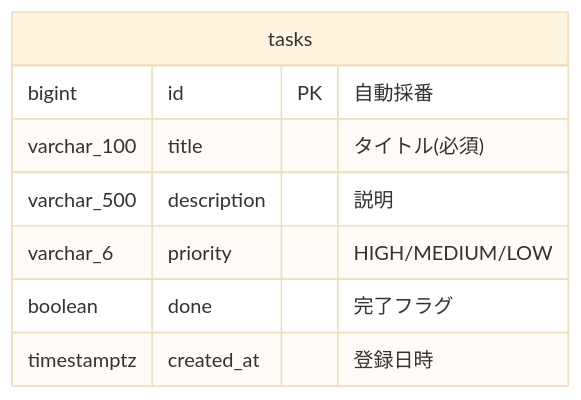
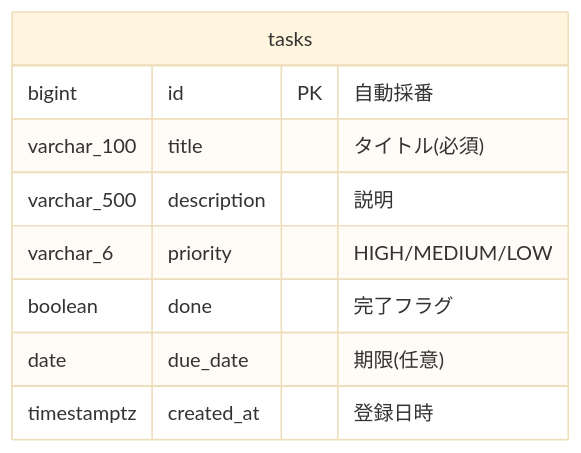
The diagram in docs/design/task/03_基本設計.md (jt-yamaguchi/my-training-task-copilot), drawn with Mermaid (base theme) before and after one commit. The commit also changed other lines of this file and 14 other files, not shown here.

````diff
--- a/docs/design/task/03_基本設計.md
+++ b/docs/design/task/03_基本設計.md
@@ -59,11 +61,12 @@
 ```mermaid
 erDiagram
     tasks {
         bigint id PK "自動採番"
         varchar_100 title "タイトル(必須)"
         varchar_500 description "説明"
         varchar_6 priority "HIGH/MEDIUM/LOW"
         boolean done "完了フラグ"
+        date due_date "期限(任意)"
         timestamptz created_at "登録日時"
     }
 ```
````
